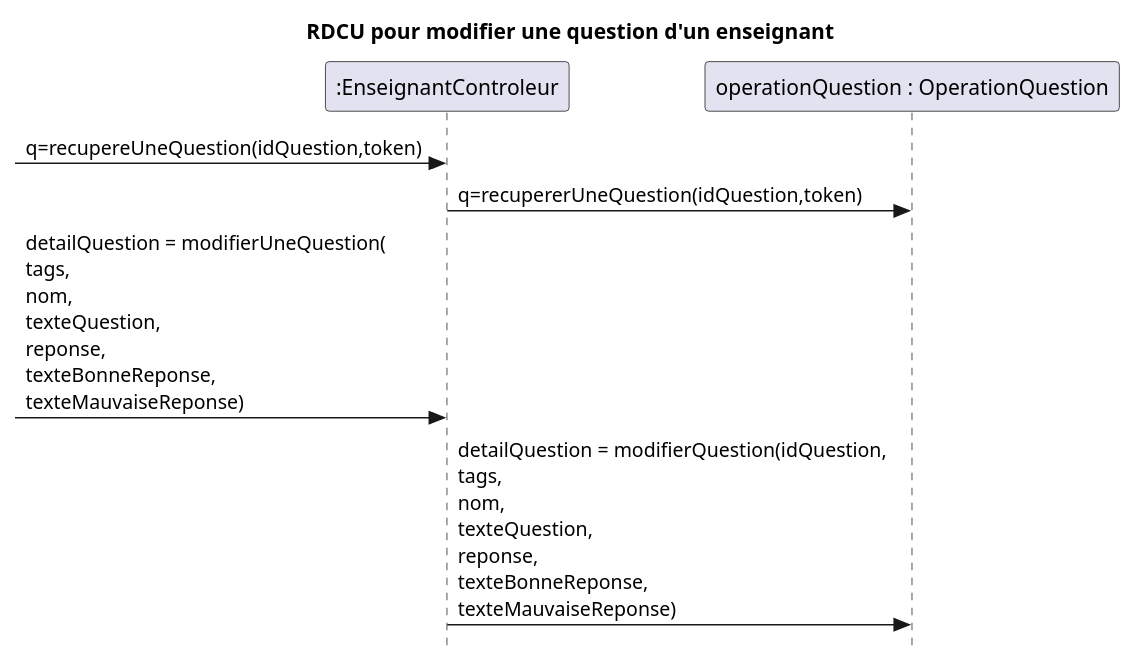
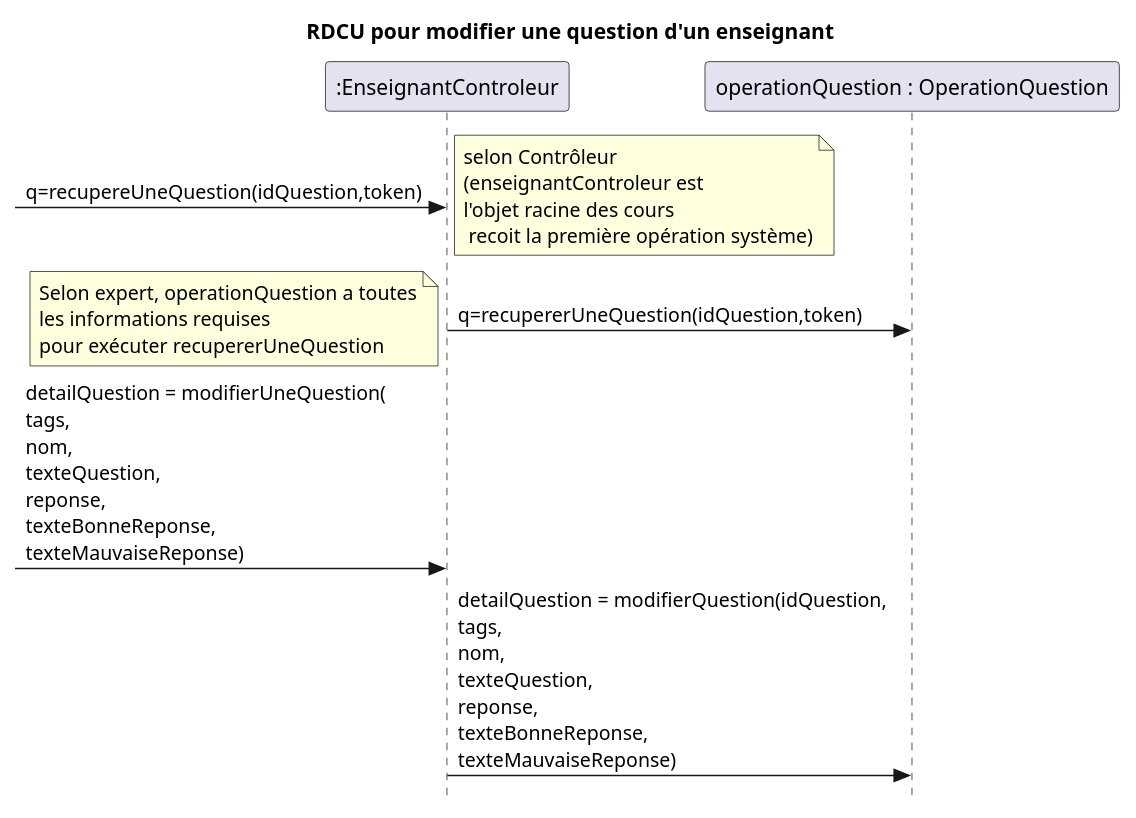
The first of 2 diagrams in docs/Modifier question/RDCU_Modifier_Question.puml (nerdz88/SGA-TS), drawn with PlantUML before and after one commit. The commit also changed other lines of this file and 6 other files, not shown here.

```diff
--- a/docs/Modifier question/RDCU_Modifier_Question.puml
+++ b/docs/Modifier question/RDCU_Modifier_Question.puml
@@ -1,11 +1,13 @@
 @startuml modifierQuestionOld
 skinparam style strictuml
 skinparam defaultfontname Verdana
 title RDCU pour modifier une question d'un enseignant
 participant ":EnseignantControleur" as controleur
 participant "operationQuestion : OperationQuestion" as opQuestion
 ->controleur : q=recupereUneQuestion(idQuestion,token)
+note right : selon Contrôleur\n(enseignantControleur est\nl'objet racine des cours\n recoit la première opération système)
 controleur->opQuestion : q=recupererUneQuestion(idQuestion,token)
+note left : Selon expert, operationQuestion a toutes\nles informations requises\npour exécuter recupererUneQuestion
 ->controleur : detailQuestion = modifierUneQuestion(\ntags,\nnom,\ntexteQuestion,\nreponse,\ntexteBonneReponse,\ntexteMauvaiseReponse)
 controleur -> opQuestion : detailQuestion = modifierQuestion(idQuestion,\ntags,\nnom,\ntexteQuestion,\nreponse,\ntexteBonneReponse,\ntexteMauvaiseReponse)
 @enduml
```
